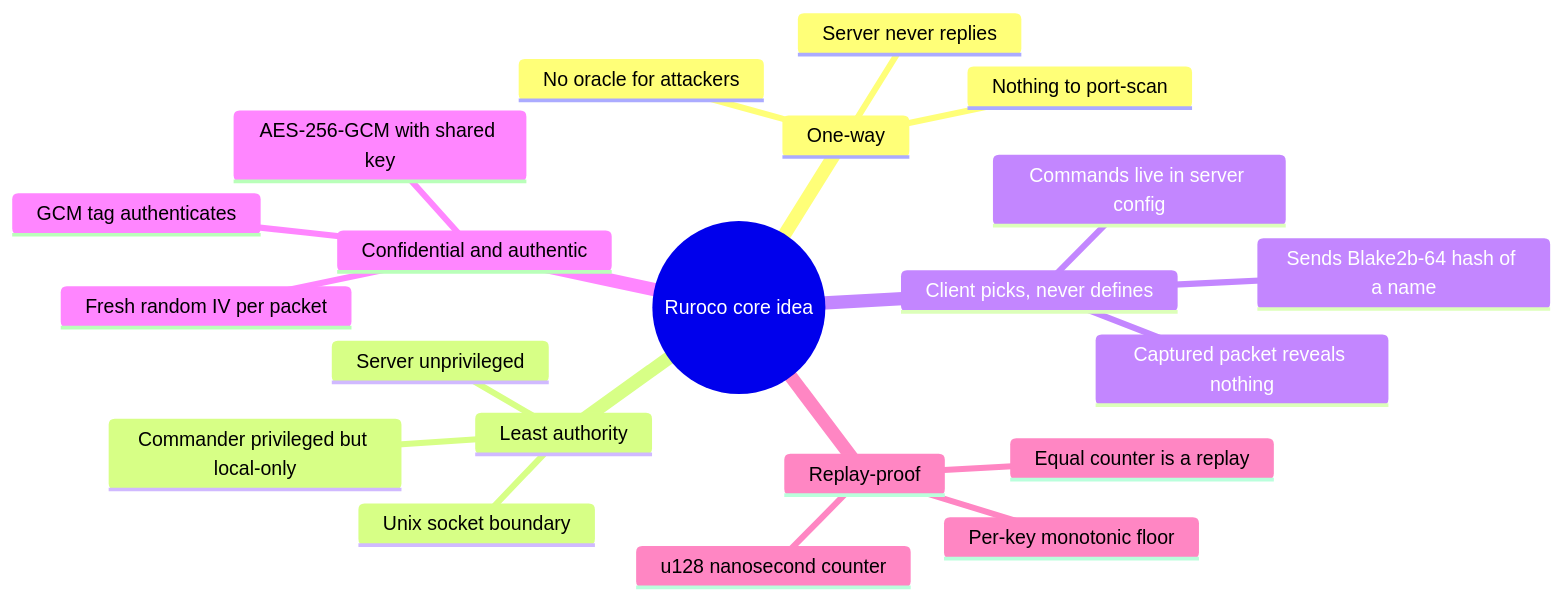
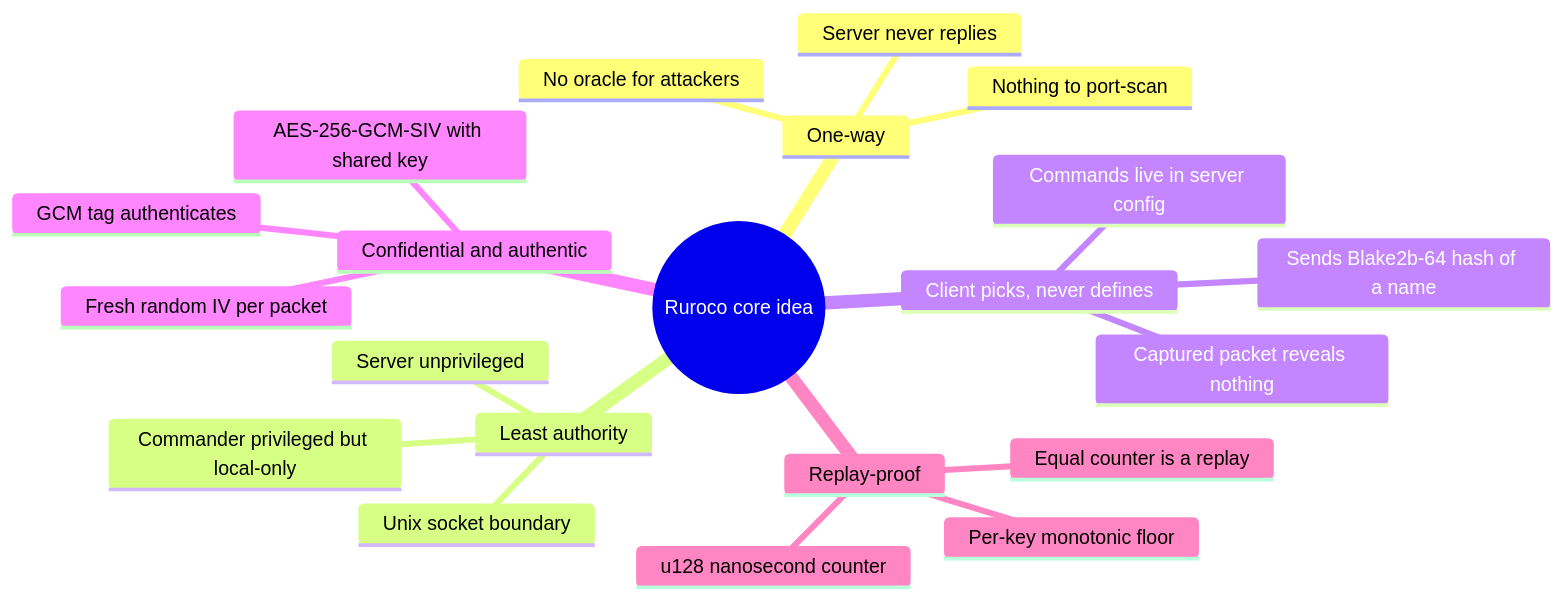
One commit to yonasBSD/ruroco changed the first of 2 diagrams in docs/src/architecture/overview.md. Above: the diagram before and after it, drawn with Mermaid. The commit also changed other lines of this file and 17 other files, not shown here.

Commit message:
switch to AES-256-GCM-SIV - see comments I you want to know why

````diff
--- a/docs/src/architecture/overview.md
+++ b/docs/src/architecture/overview.md
@@ -26,24 +26,24 @@
 ```mermaid
 mindmap
   root((Ruroco core idea))
     One-way
       Server never replies
       Nothing to port-scan
       No oracle for attackers
     Least authority
       Server unprivileged
       Commander privileged but local-only
       Unix socket boundary
     Client picks, never defines
       Sends Blake2b-64 hash of a name
       Commands live in server config
       Captured packet reveals nothing
     Confidential and authentic
-      AES-256-GCM with shared key
+      AES-256-GCM-SIV with shared key
       GCM tag authenticates
       Fresh random IV per packet
     Replay-proof
       u128 nanosecond counter
       Per-key monotonic floor
       Equal counter is a replay
 ```
````
